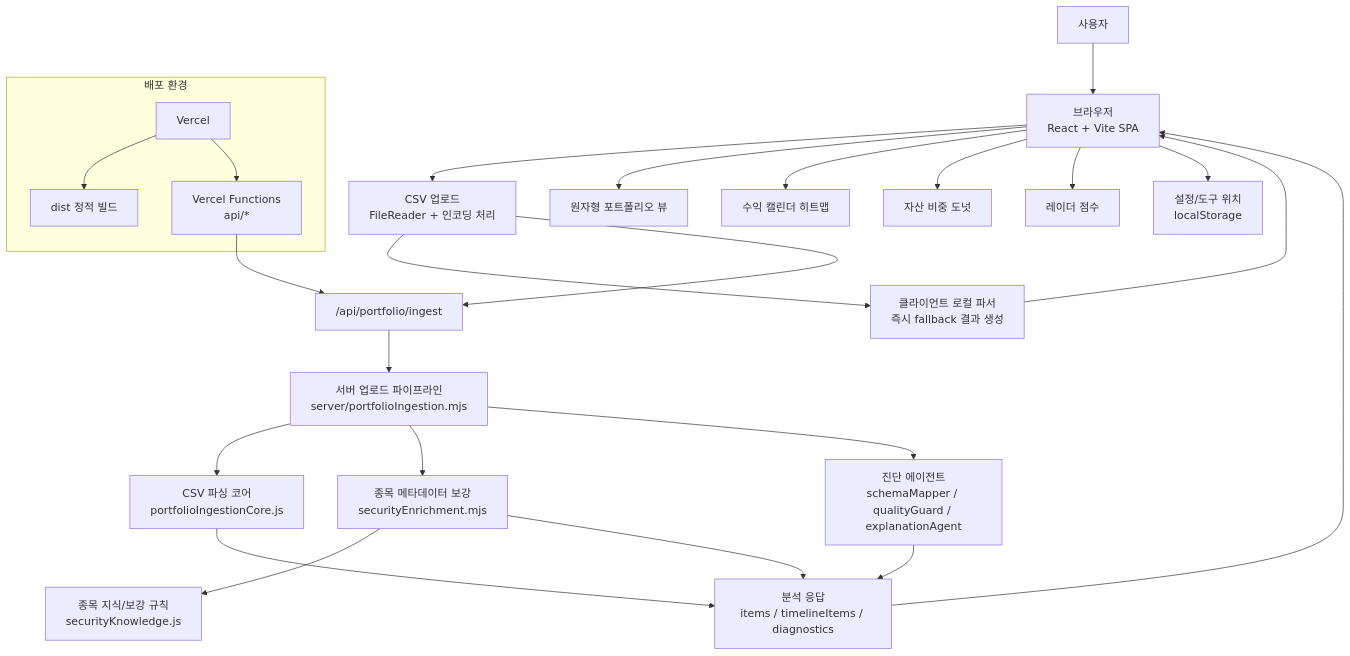
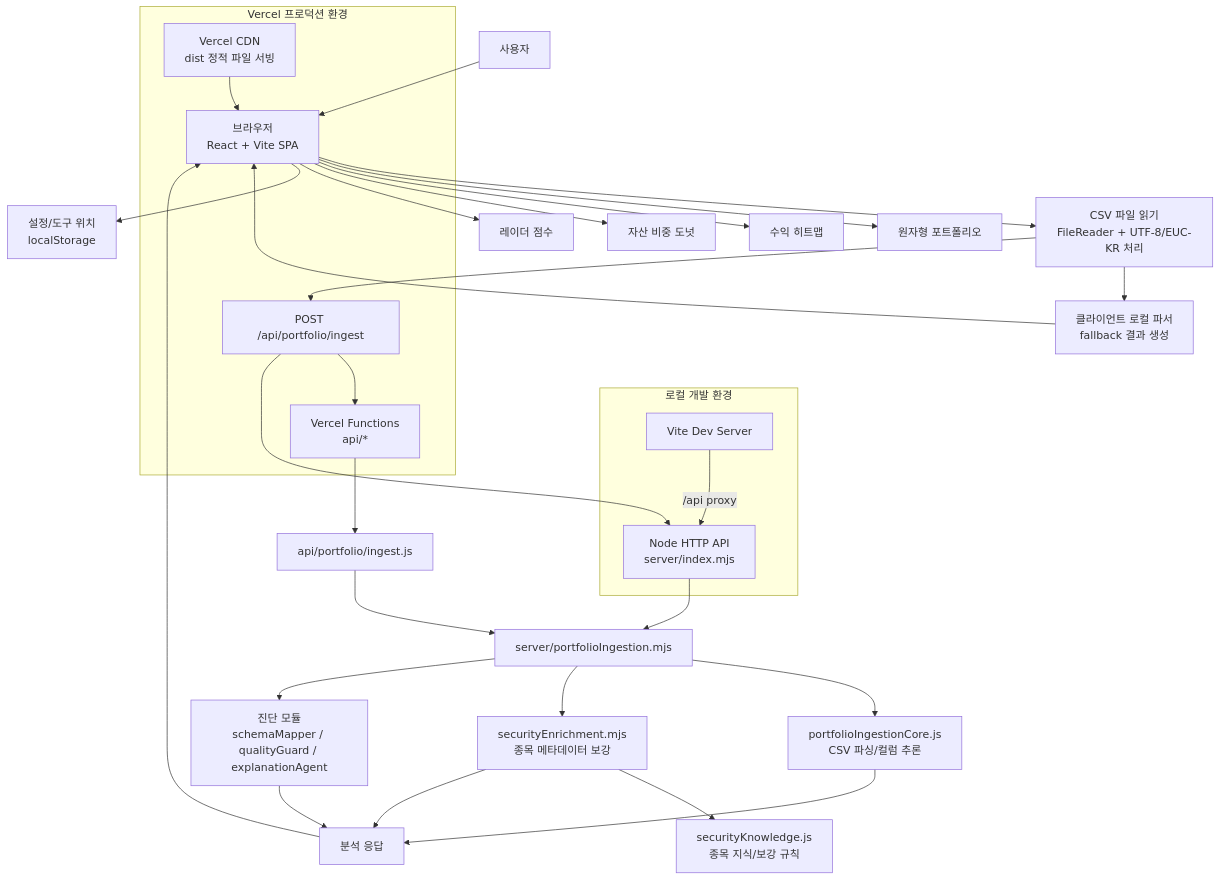
The diagram in README.md (amuldi/AtomFolio_Hackathon), drawn with Mermaid before and after one commit.

Commit message:
Refine README system architecture

````diff
--- a/README.md
+++ b/README.md
@@ -417,37 +417,44 @@
 ```mermaid
 flowchart TD
   User["사용자"] --> Browser["브라우저<br/>React + Vite SPA"]
 
-  Browser --> Upload["CSV 업로드<br/>FileReader + 인코딩 처리"]
-  Upload --> LocalParser["클라이언트 로컬 파서<br/>즉시 fallback 결과 생성"]
-  Upload --> PortfolioAPI["/api/portfolio/ingest"]
+  Browser --> FileReader["CSV 파일 읽기<br/>FileReader + UTF-8/EUC-KR 처리"]
+  FileReader --> ClientParser["클라이언트 로컬 파서<br/>fallback 결과 생성"]
+  FileReader --> ApiRequest["POST /api/portfolio/ingest"]
 
-  PortfolioAPI --> ServerPipeline["서버 업로드 파이프라인<br/>server/portfolioIngestion.mjs"]
-  ServerPipeline --> ParserCore["CSV 파싱 코어<br/>portfolioIngestionCore.js"]
-  ServerPipeline --> SecurityEnrichment["종목 메타데이터 보강<br/>securityEnrichment.mjs"]
-  ServerPipeline --> Agents["진단 에이전트<br/>schemaMapper / qualityGuard / explanationAgent"]
+  subgraph Local["로컬 개발 환경"]
+    Vite["Vite Dev Server"]
+    NodeAPI["Node HTTP API<br/>server/index.mjs"]
+    Vite -->|/api proxy| NodeAPI
+  end
 
-  SecurityEnrichment --> Knowledge["종목 지식/보강 규칙<br/>securityKnowledge.js"]
-  Agents --> Payload["분석 응답<br/>items / timelineItems / diagnostics"]
-  ParserCore --> Payload
-  SecurityEnrichment --> Payload
+  subgraph Production["Vercel 프로덕션 환경"]
+    CDN["Vercel CDN<br/>dist 정적 파일 서빙"]
+    Functions["Vercel Functions<br/>api/*"]
+    CDN --> Browser
+    ApiRequest --> Functions
+  end
 
-  Payload --> Browser
-  LocalParser --> Browser
+  ApiRequest --> NodeAPI
+  Functions --> IngestFunction["api/portfolio/ingest.js"]
+  IngestFunction --> Pipeline["server/portfolioIngestion.mjs"]
+  NodeAPI --> Pipeline
 
-  Browser --> AtomView["원자형 포트폴리오 뷰"]
-  Browser --> Heatmap["수익 캘린더 히트맵"]
+  Pipeline --> ParserCore["portfolioIngestionCore.js<br/>CSV 파싱/컬럼 추론"]
+  Pipeline --> Enrichment["securityEnrichment.mjs<br/>종목 메타데이터 보강"]
+  Pipeline --> Agents["진단 모듈<br/>schemaMapper / qualityGuard / explanationAgent"]
+
+  Enrichment --> Knowledge["securityKnowledge.js<br/>종목 지식/보강 규칙"]
+
+  ParserCore --> Response["분석 응답"]
+  Enrichment --> Response
+  Agents --> Response
+  ClientParser --> Browser
+  Response --> Browser
+
+  Browser --> AtomView["원자형 포트폴리오"]
+  Browser --> Heatmap["수익 히트맵"]
   Browser --> Allocation["자산 비중 도넛"]
   Browser --> Radar["레이더 점수"]
-  Browser --> Settings["설정/도구 위치<br/>localStorage"]
-
-  subgraph Deployment["배포 환경"]
-    Vercel["Vercel"]
-    ViteBuild["dist 정적 빌드"]
-    Functions["Vercel Functions<br/>api/*"]
-  end
-
-  Vercel --> ViteBuild
-  Vercel --> Functions
-  Functions --> PortfolioAPI
+  Browser --> Storage["설정/도구 위치<br/>localStorage"]
 ```
````
